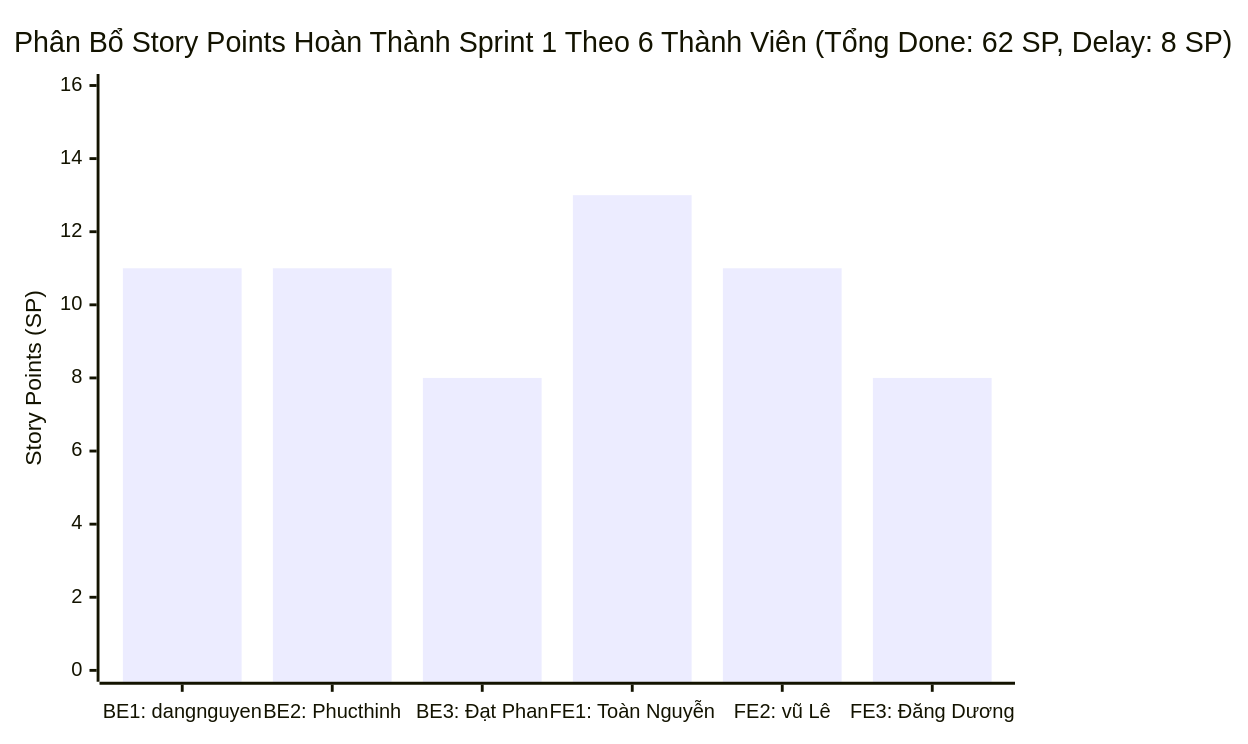
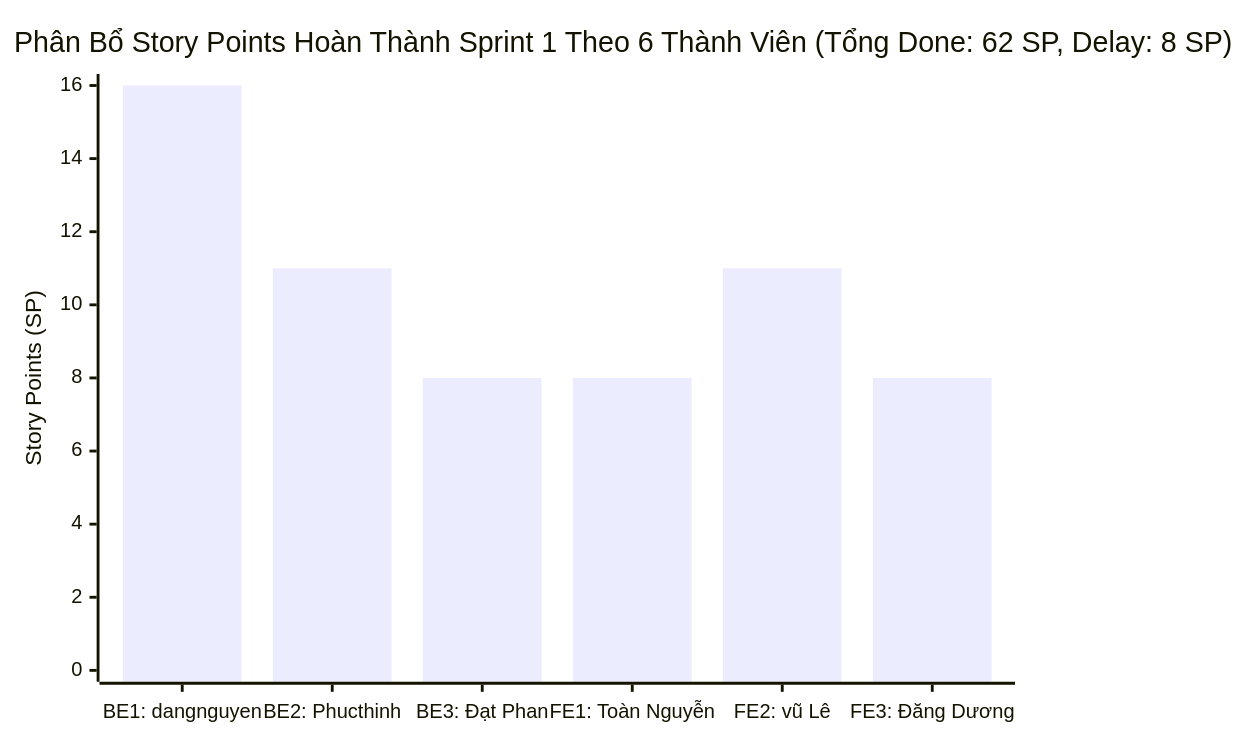
One commit to nguyen0605/rikkei-ojt-greenphone-ecommerce changed the first of 2 diagrams in docs/BACKLOG_GREENPHONE.md. Above: the diagram before and after it, drawn with Mermaid. The commit also changed other lines of this file and 5 other files, not shown here.

````diff
--- a/docs/BACKLOG_GREENPHONE.md
+++ b/docs/BACKLOG_GREENPHONE.md
@@ -91,7 +91,7 @@
 ```mermaid
 xychart-beta
     title "Phân Bổ Story Points Hoàn Thành Sprint 1 Theo 6 Thành Viên (Tổng Done: 62 SP, Delay: 8 SP)"
     x-axis ["BE1: dangnguyen", "BE2: Phucthinh", "BE3: Đạt Phan", "FE1: Toàn Nguyễn", "FE2: vũ Lê", "FE3: Đăng Dương"]
     y-axis "Story Points (SP)" 0 --> 16
-    bar [11, 11, 8, 13, 11, 8]
+    bar [16, 11, 8, 8, 11, 8]
 ```
````
